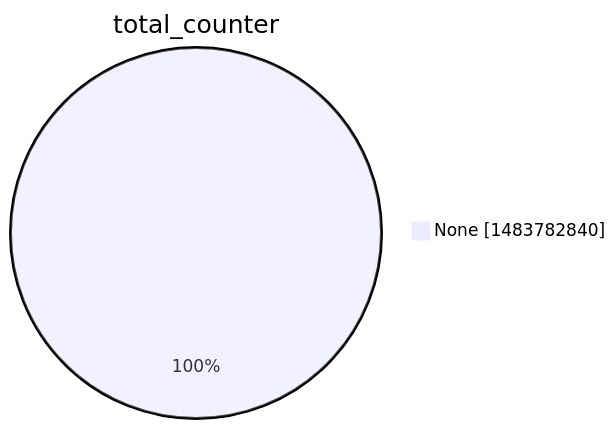
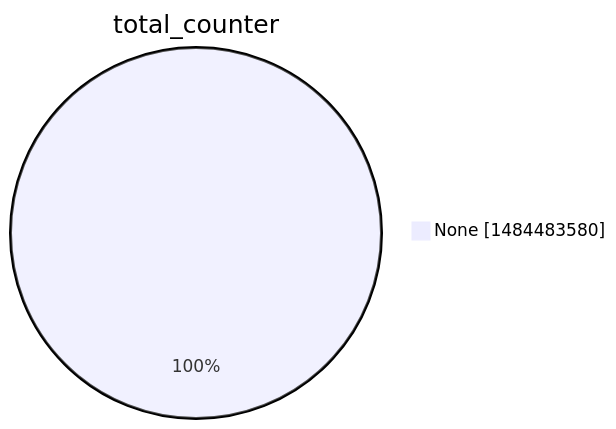
Before and after one commit to christiankrug/ctmonitor_visualization: the second of 15 diagrams in argon2022/README.md, drawn with Mermaid. The commit also changed other lines of this file, not shown here.

````diff
--- a/argon2022/README.md
+++ b/argon2022/README.md
@@ -9,5 +9,5 @@
 ```mermaid
 pie showData
 title total_counter
-"None" :1483782840
+"None" :1484483580
 ```
````
